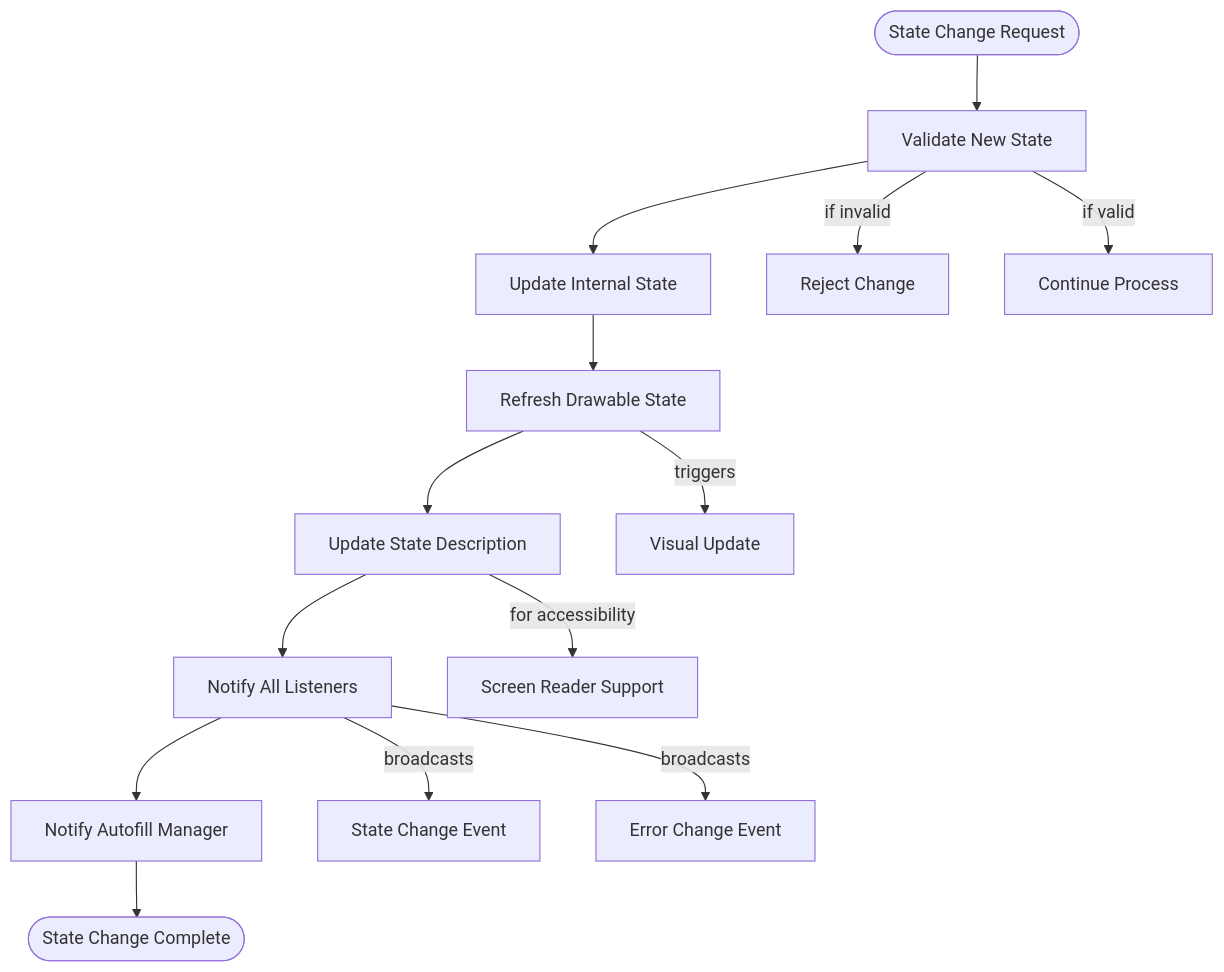
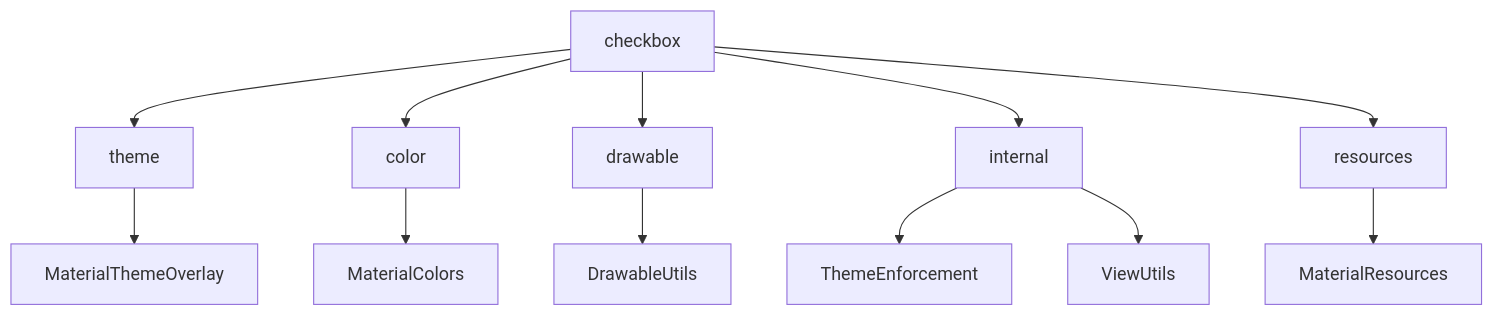
The fourth of 5 diagrams in docs/material-components--material-components-android-docs/checkbox.md (FSoft-AI4Code/codewiki-demo), drawn with Mermaid before and after one commit. The commit also changed other lines of this file and 1103 other files, not shown here.

````diff
--- a/docs/material-components--material-components-android-docs/checkbox.md
+++ b/docs/material-components--material-components-android-docs/checkbox.md
@@ -222,19 +124,19 @@
 ```mermaid
-flowchart TD
-    Start([State Change Request])
-    --> Validate[Validate New State]
-    --> UpdateInternal[Update Internal State]
-    --> RefreshDrawable[Refresh Drawable State]
-    --> UpdateDescription[Update State Description]
-    --> NotifyListeners[Notify All Listeners]
-    --> AutofillNotify[Notify Autofill Manager]
-    --> End([State Change Complete])
+graph TD
+    A[checkbox] --> B[theme]
+    A --> C[color]
+    A --> D[drawable]
+    A --> E[internal]
+    A --> F[resources]
     
-    Validate -->|if invalid| Reject[Reject Change]
-    Validate -->|if valid| Continue[Continue Process]
+    B --> B1[MaterialThemeOverlay]
     
-    RefreshDrawable -->|triggers| VisualUpdate[Visual Update]
-    UpdateDescription -->|for accessibility| ScreenReader[Screen Reader Support]
-    NotifyListeners -->|broadcasts| StateChangeEvent[State Change Event]
-    NotifyListeners -->|broadcasts| ErrorChangeEvent[Error Change Event]
+    C --> C1[MaterialColors]
+    
+    D --> D1[DrawableUtils]
+    
+    E --> E1[ThemeEnforcement]
+    E --> E2[ViewUtils]
+    
+    F --> F1[MaterialResources]
 ```
````
